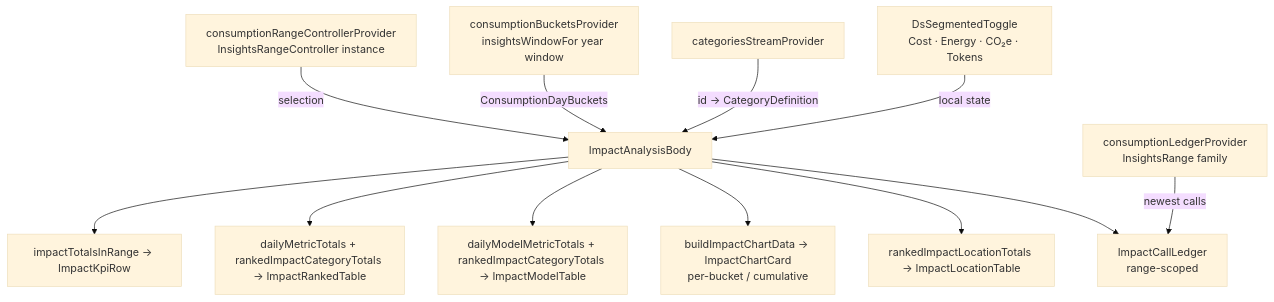
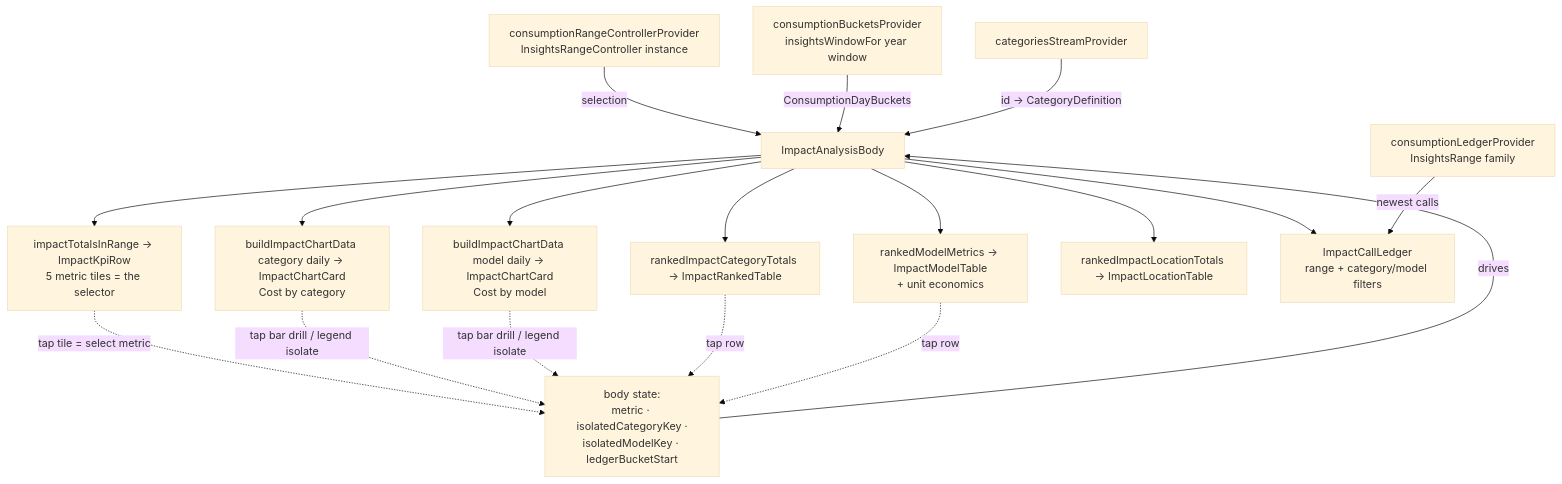
One commit to matthiasn/lotti changed the third of 3 diagrams in lib/features/ai_consumption/README.md. Above: the diagram before and after it, drawn with Mermaid (base theme). The commit also changed other lines of this file and 39 other files, not shown here.

First line of the commit message:
feat: interactive AI Impact charts — two-chart breakdown, isolate & drill (#3416)

````diff
--- a/lib/features/ai_consumption/README.md
+++ b/lib/features/ai_consumption/README.md
@@ -159,14 +159,20 @@
 ```mermaid
 flowchart TD
   RC[consumptionRangeControllerProvider<br/>InsightsRangeController instance] -->|selection| Body[ImpactAnalysisBody]
   BP[consumptionBucketsProvider<br/>insightsWindowFor year window] -->|ConsumptionDayBuckets| Body
   Cat[categoriesStreamProvider] -->|id → CategoryDefinition| Body
-  Body --> D1[impactTotalsInRange → ImpactKpiRow]
-  Body --> D2[dailyMetricTotals + rankedImpactCategoryTotals → ImpactRankedTable]
-  Body --> D3[dailyModelMetricTotals + rankedImpactCategoryTotals → ImpactModelTable]
-  Body --> D4[buildImpactChartData → ImpactChartCard<br/>per-bucket / cumulative]
+  State[body state:<br/>metric · isolatedCategoryKey ·<br/>isolatedModelKey · ledgerBucketStart] -->|drives| Body
+  Body --> D1[impactTotalsInRange → ImpactKpiRow<br/>5 metric tiles = the selector]
+  Body --> D4a[buildImpactChartData category daily → ImpactChartCard<br/>Cost by category]
+  Body --> D4b[buildImpactChartData model daily → ImpactChartCard<br/>Cost by model]
+  Body --> D2[rankedImpactCategoryTotals → ImpactRankedTable]
+  Body --> D3[rankedModelMetrics → ImpactModelTable<br/>+ unit economics]
   Body --> D5[rankedImpactLocationTotals → ImpactLocationTable]
-  Body --> D6[ImpactCallLedger<br/>range-scoped]
+  Body --> D6[ImpactCallLedger<br/>range + category/model filters]
   LP[consumptionLedgerProvider<br/>InsightsRange family] -->|newest calls| D6
-  Toggle[DsSegmentedToggle<br/>Cost · Energy · CO₂e · Tokens] -->|local state| Body
+  D1 -.->|tap tile = select metric| State
+  D4a -.->|tap bar drill / legend isolate| State
+  D4b -.->|tap bar drill / legend isolate| State
+  D2 -.->|tap row| State
+  D3 -.->|tap row| State
 ```
````
